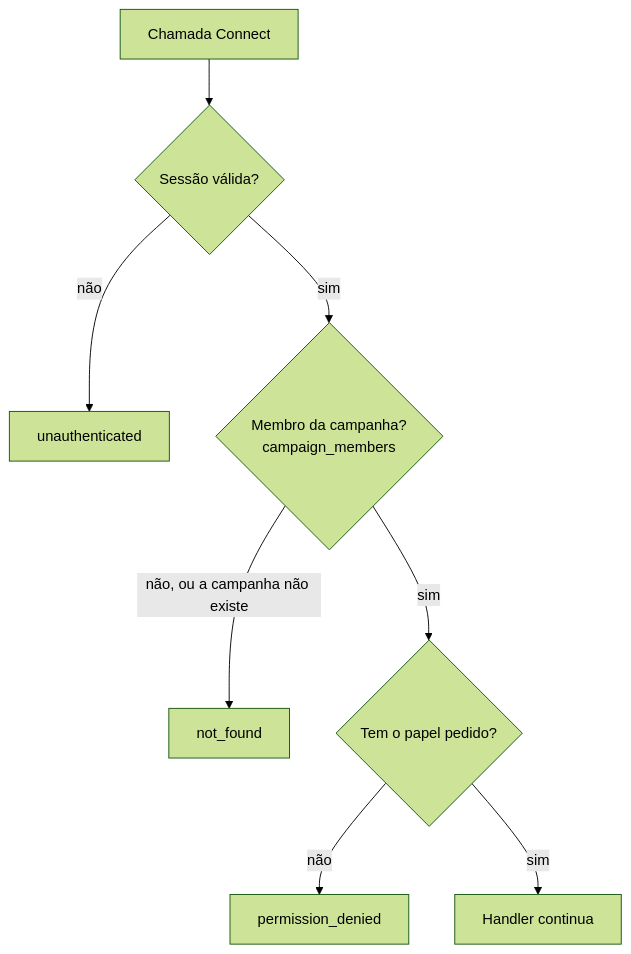
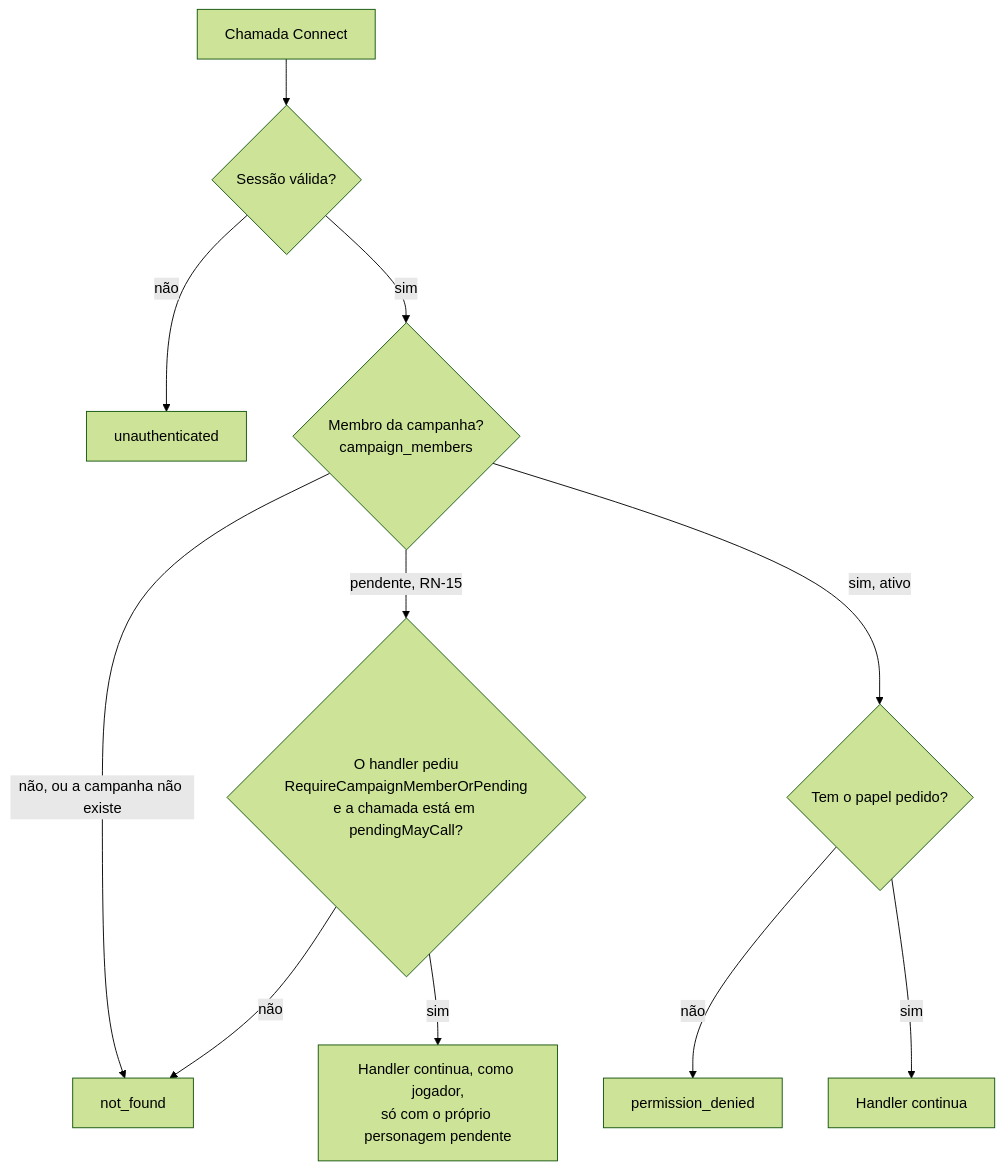
The fourth of 9 diagrams in docs/arquitetura.md (PuraFome/meuRPG), drawn with Mermaid (forest theme) before and after one commit. The commit also changed other lines of this file and 82 other files, not shown here.

````diff
--- a/docs/arquitetura.md
+++ b/docs/arquitetura.md
@@ -345,10 +346,13 @@
 ```mermaid
 flowchart TD
     A["Chamada Connect"] --> B{"Sessão válida?"}
     B -->|"não"| U["unauthenticated"]
     B -->|"sim"| C{"Membro da campanha?<br/>campaign_members"}
     C -->|"não, ou a campanha não existe"| N["not_found"]
-    C -->|"sim"| D{"Tem o papel pedido?"}
+    C -->|"pendente, RN-15"| Q{"O handler pediu<br/>RequireCampaignMemberOrPending<br/>e a chamada está em pendingMayCall?"}
+    Q -->|"não"| N
+    Q -->|"sim"| J["Handler continua, como jogador,<br/>só com o próprio personagem pendente"]
+    C -->|"sim, ativo"| D{"Tem o papel pedido?"}
     D -->|"não"| P["permission_denied"]
     D -->|"sim"| OK["Handler continua"]
 ```
````
